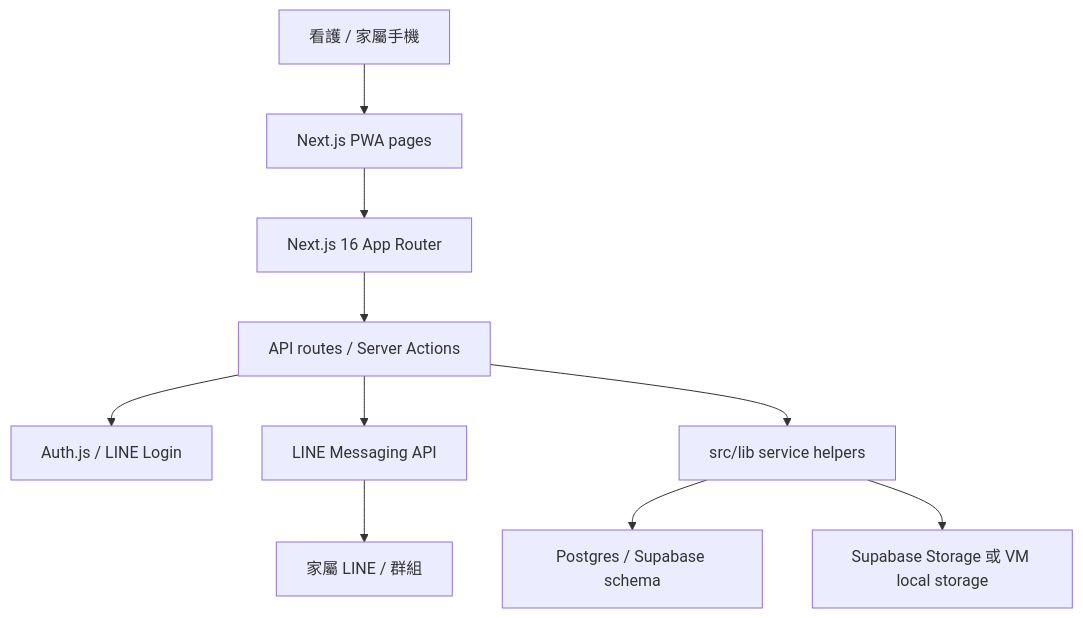
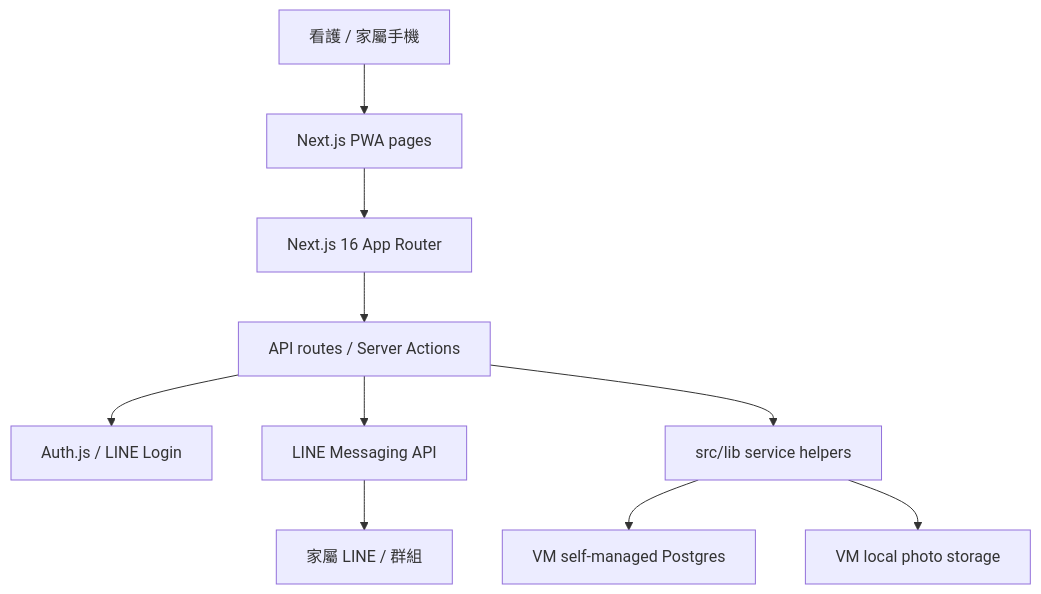
One commit to joyyoung-ai/caretaiwan changed the diagram in docs/engineering/ARCHITECTURE.md. Above: the diagram before and after it, drawn with Mermaid. The commit also changed other lines of this file and 27 other files, not shown here.

Commit message:
refactor: use vm local photo storage

````diff
--- a/docs/engineering/ARCHITECTURE.md
+++ b/docs/engineering/ARCHITECTURE.md
@@ -9,12 +9,12 @@
 ```mermaid
 flowchart TD
   caregiver["看護 / 家屬手機"] --> pwa["Next.js PWA pages"]
   pwa --> app["Next.js 16 App Router"]
   app --> api["API routes / Server Actions"]
   api --> auth["Auth.js / LINE Login"]
   api --> line["LINE Messaging API"]
   api --> service["src/lib service helpers"]
-  service --> db["Postgres / Supabase schema"]
-  service --> storage["Supabase Storage 或 VM local storage"]
+  service --> db["VM self-managed Postgres"]
+  service --> storage["VM local photo storage"]
   line --> family["家屬 LINE / 群組"]
 ```
````
